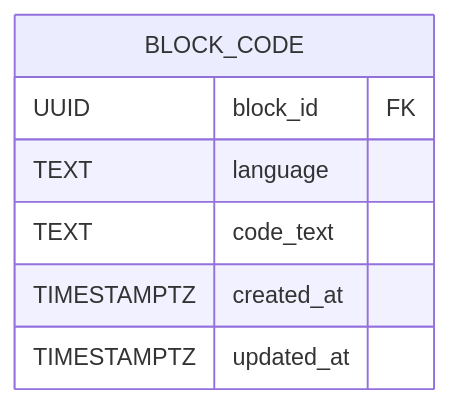
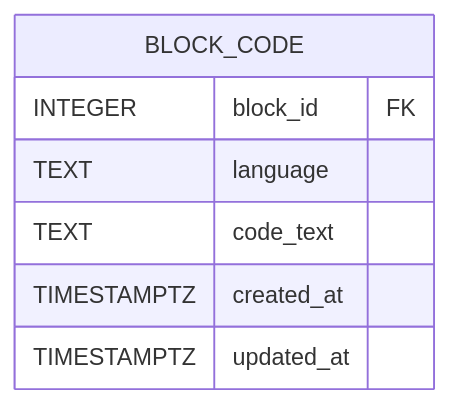
One commit to go-park-mail-ru/2025_2_FiveCode changed the sixth of 11 diagrams in db/normalized/relations.md. Above: the diagram before and after it, drawn with Mermaid. The commit also changed other lines of this file and 2 other files, not shown here.

Commit message:
add trigger, update er and relations

````diff
--- a/db/normalized/relations.md
+++ b/db/normalized/relations.md
@@ -178,10 +179,10 @@
 ```mermaid
 erDiagram
   BLOCK_CODE {
-    UUID block_id FK 
+    INTEGER block_id FK 
     TEXT language
     TEXT code_text 
     TIMESTAMPTZ created_at
     TIMESTAMPTZ updated_at
   }
 ```
````
